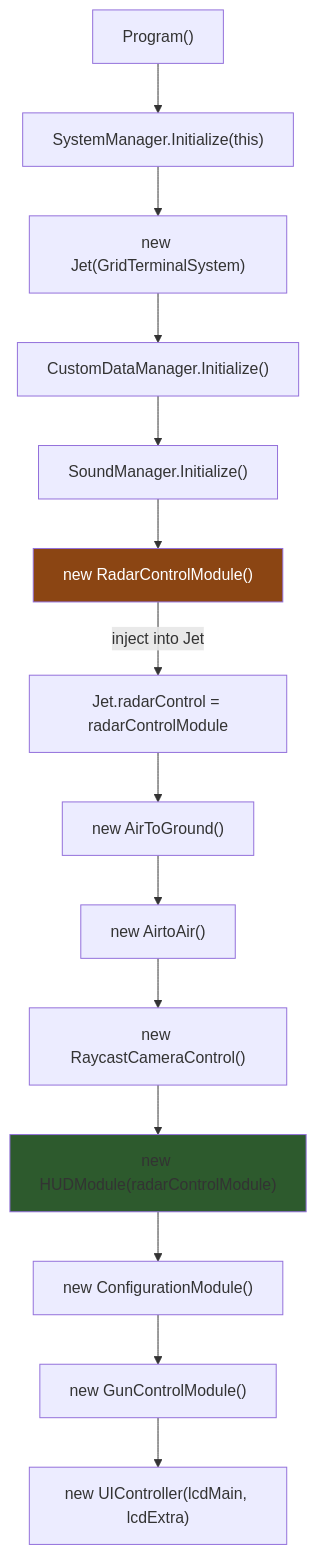
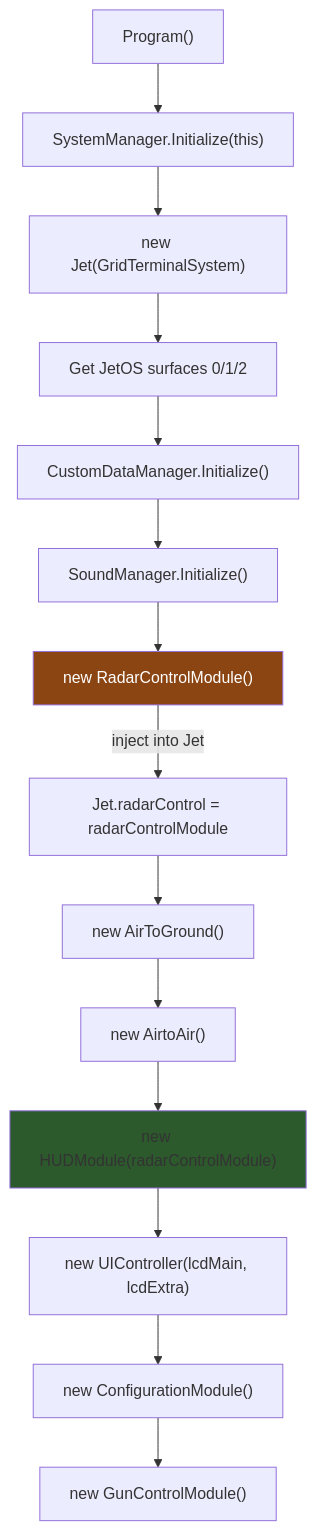
Before and after one commit to Terilia/JetOS: the second of 6 diagrams in docs/architecture.md, drawn with Mermaid. The commit also changed other lines of this file and 45 other files, not shown here.

````diff
--- a/docs/architecture.md
+++ b/docs/architecture.md
@@ -43,19 +47,19 @@
 ```mermaid
 flowchart TD
     P["Program()"] --> SM["SystemManager.Initialize(this)"]
     SM --> JET["new Jet(GridTerminalSystem)"]
-    JET --> CDM["CustomDataManager.Initialize()"]
+    JET --> LCD["Get JetOS surfaces 0/1/2"]
+    LCD --> CDM["CustomDataManager.Initialize()"]
     CDM --> SND["SoundManager.Initialize()"]
     SND --> RAD["new RadarControlModule()"]
     RAD --> |"inject into Jet"| JETREF["Jet.radarControl = radarControlModule"]
     JETREF --> ATG["new AirToGround()"]
     ATG --> ATA["new AirtoAir()"]
-    ATA --> RCC["new RaycastCameraControl()"]
-    RCC --> HUD["new HUDModule(radarControlModule)"]
-    HUD --> CFG["new ConfigurationModule()"]
+    ATA --> HUD["new HUDModule(radarControlModule)"]
+    HUD --> UI["new UIController(lcdMain, lcdExtra)"]
+    UI --> CFG["new ConfigurationModule()"]
     CFG --> GUN["new GunControlModule()"]
-    GUN --> UI["new UIController(lcdMain, lcdExtra)"]
 
     style RAD fill:#8b4513,color:#fff
     style HUD fill:#2d5a2d
 ```
````
